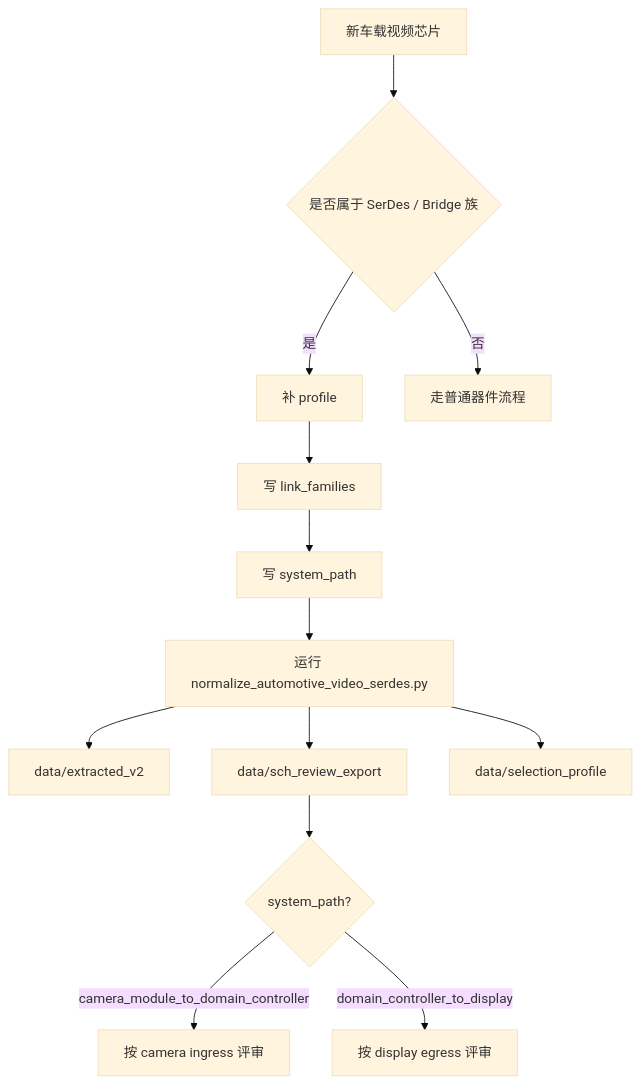
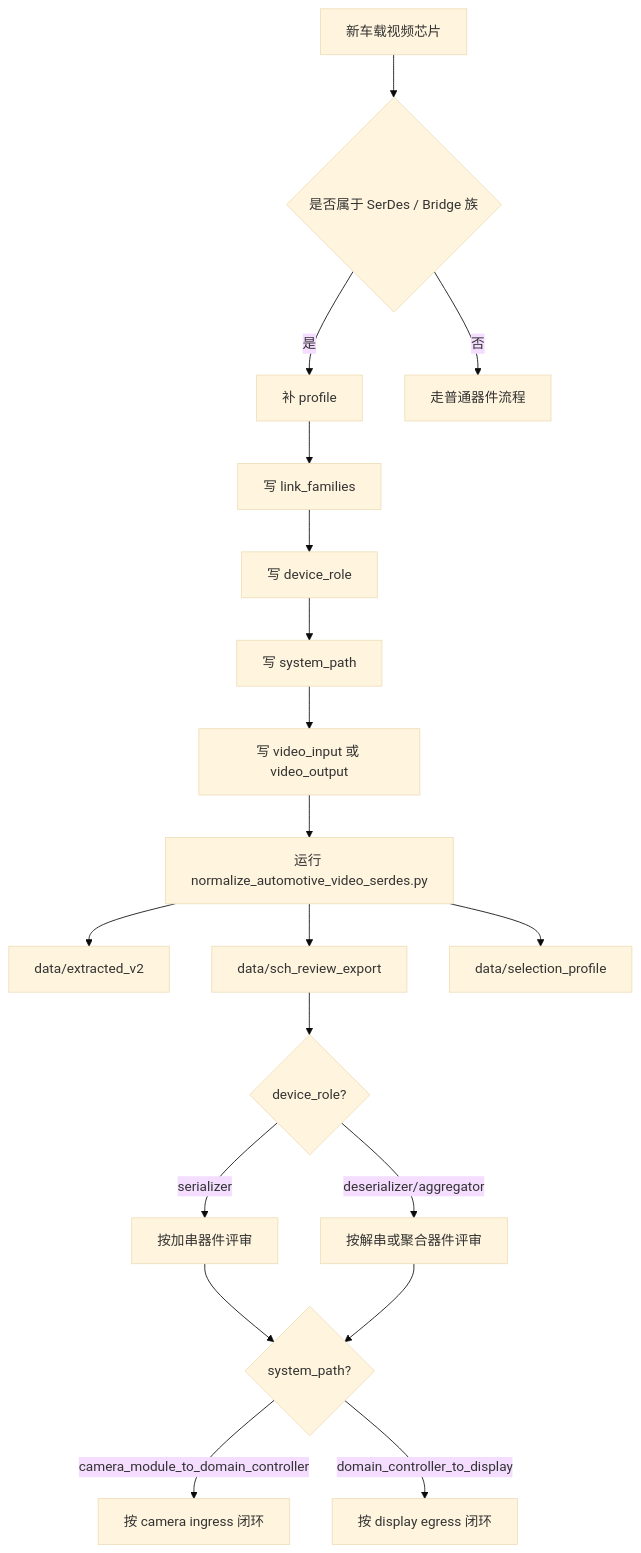
One commit to joyhpc/opendatasheet changed the diagram in docs/automotive-video-serdes-normalization.md. Above: the diagram before and after it, drawn with Mermaid (base theme). The commit also changed other lines of this file and 11 other files, not shown here.

Commit message:
feat(data): add hsmt serializer and deserializer profiles

````diff
--- a/docs/automotive-video-serdes-normalization.md
+++ b/docs/automotive-video-serdes-normalization.md
@@ -257,15 +281,21 @@
 ```mermaid
 flowchart TD
     A[新车载视频芯片] --> B{是否属于 SerDes / Bridge 族}
     B -->|是| C[补 profile]
     B -->|否| D[走普通器件流程]
     C --> C1[写 link_families]
-    C1 --> C2[写 system_path]
-    C2 --> E[运行 normalize_automotive_video_serdes.py]
+    C1 --> C2[写 device_role]
+    C2 --> C3[写 system_path]
+    C3 --> C4[写 video_input 或 video_output]
+    C4 --> E[运行 normalize_automotive_video_serdes.py]
     E --> F[data/extracted_v2]
     E --> G[data/sch_review_export]
     E --> H[data/selection_profile]
-    G --> I{system_path?}
-    I -->|camera_module_to_domain_controller| J[按 camera ingress 评审]
-    I -->|domain_controller_to_display| K[按 display egress 评审]
+    G --> I{device_role?}
+    I -->|serializer| J[按加串器件评审]
+    I -->|deserializer/aggregator| K[按解串或聚合器件评审]
+    J --> L{system_path?}
+    K --> L
+    L -->|camera_module_to_domain_controller| M[按 camera ingress 闭环]
+    L -->|domain_controller_to_display| N[按 display egress 闭环]
 ```
````
